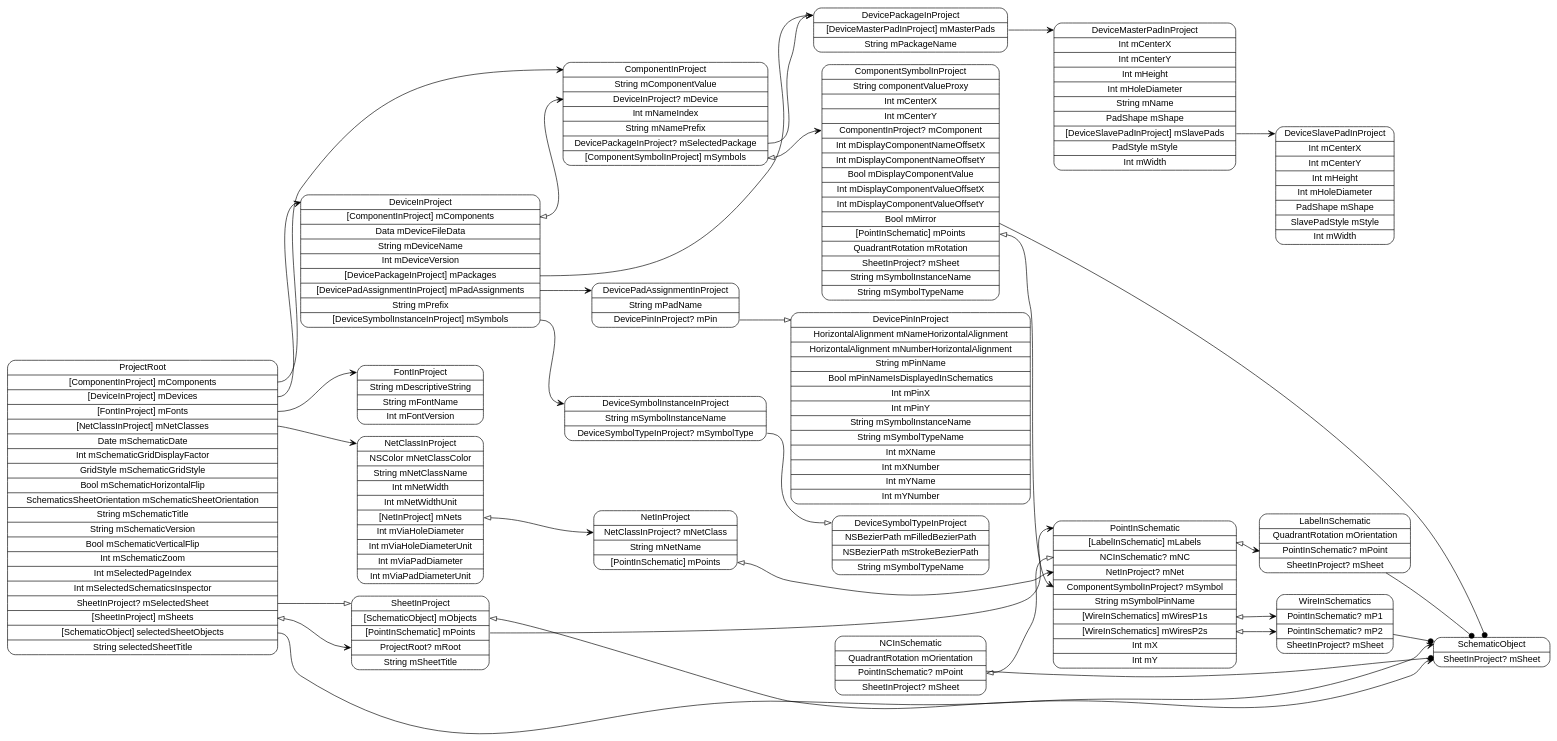
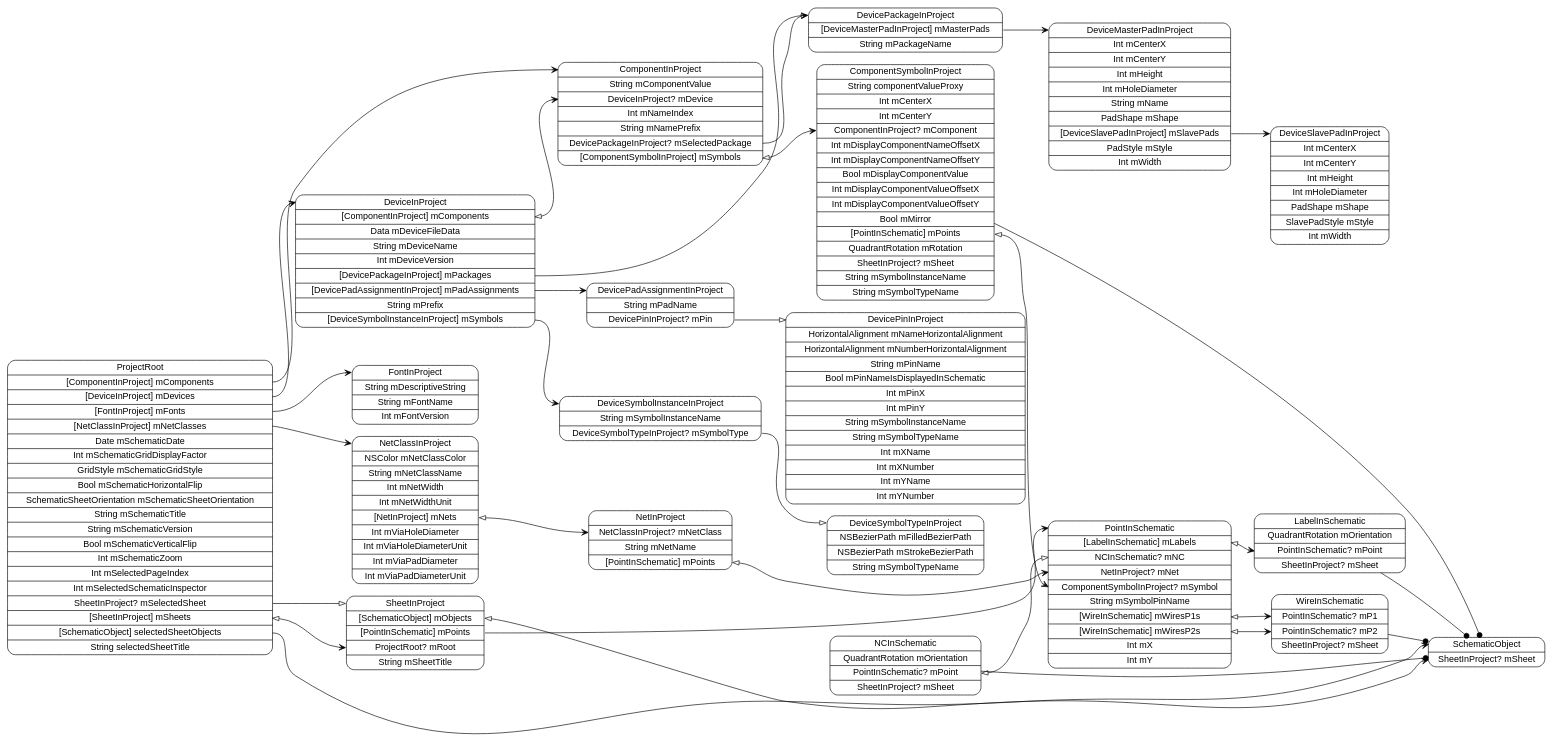
Before and after one commit to pierremolinaro/ElCanari-dev: the diagram in models/ProjectRoot.dot, drawn with Graphviz. The commit also changed 60 other files, not shown here.

```diff
--- a/models/ProjectRoot.dot
+++ b/models/ProjectRoot.dot
@@ -1,54 +1,54 @@
 digraph G {
   rankdir=LR ;
   node [shape=record fontname=helvetica style=rounded] ;
-  ProjectRoot[label="<ProjectRoot>ProjectRoot|<mComponents>[ComponentInProject] mComponents|<mDevices>[DeviceInProject] mDevices|<mFonts>[FontInProject] mFonts|<mNetClasses>[NetClassInProject] mNetClasses|Date mSchematicDate|Int mSchematicGridDisplayFactor|GridStyle mSchematicGridStyle|Bool mSchematicHorizontalFlip|SchematicsSheetOrientation mSchematicSheetOrientation|String mSchematicTitle|String mSchematicVersion|Bool mSchematicVerticalFlip|Int mSchematicZoom|Int mSelectedPageIndex|Int mSelectedSchematicsInspector|<mSelectedSheet>SheetInProject? mSelectedSheet|<mSheets>[SheetInProject] mSheets|<selectedSheetObjects>[SchematicObject] selectedSheetObjects|String selectedSheetTitle"] ;
+  ProjectRoot[label="<ProjectRoot>ProjectRoot|<mComponents>[ComponentInProject] mComponents|<mDevices>[DeviceInProject] mDevices|<mFonts>[FontInProject] mFonts|<mNetClasses>[NetClassInProject] mNetClasses|Date mSchematicDate|Int mSchematicGridDisplayFactor|GridStyle mSchematicGridStyle|Bool mSchematicHorizontalFlip|SchematicSheetOrientation mSchematicSheetOrientation|String mSchematicTitle|String mSchematicVersion|Bool mSchematicVerticalFlip|Int mSchematicZoom|Int mSelectedPageIndex|Int mSelectedSchematicInspector|<mSelectedSheet>SheetInProject? mSelectedSheet|<mSheets>[SheetInProject] mSheets|<selectedSheetObjects>[SchematicObject] selectedSheetObjects|String selectedSheetTitle"] ;
   SchematicObject[label="<SchematicObject>SchematicObject|<mSheet>SheetInProject? mSheet"] ;
   SheetInProject[label="<SheetInProject>SheetInProject|<mObjects>[SchematicObject] mObjects|<mPoints>[PointInSchematic] mPoints|<mRoot>ProjectRoot? mRoot|String mSheetTitle"] ;
-  PointInSchematic[label="<PointInSchematic>PointInSchematic|<mLabels>[LabelInSchematic] mLabels|<mNC>NCInSchematic? mNC|<mNet>NetInProject? mNet|<mSymbol>ComponentSymbolInProject? mSymbol|String mSymbolPinName|<mWiresP1s>[WireInSchematics] mWiresP1s|<mWiresP2s>[WireInSchematics] mWiresP2s|Int mX|Int mY"] ;
-  WireInSchematics[label="<WireInSchematics>WireInSchematics|<mP1>PointInSchematic? mP1|<mP2>PointInSchematic? mP2|<mSheet>SheetInProject? mSheet"] ;
+  PointInSchematic[label="<PointInSchematic>PointInSchematic|<mLabels>[LabelInSchematic] mLabels|<mNC>NCInSchematic? mNC|<mNet>NetInProject? mNet|<mSymbol>ComponentSymbolInProject? mSymbol|String mSymbolPinName|<mWiresP1s>[WireInSchematic] mWiresP1s|<mWiresP2s>[WireInSchematic] mWiresP2s|Int mX|Int mY"] ;
+  WireInSchematic[label="<WireInSchematic>WireInSchematic|<mP1>PointInSchematic? mP1|<mP2>PointInSchematic? mP2|<mSheet>SheetInProject? mSheet"] ;
   NCInSchematic[label="<NCInSchematic>NCInSchematic|QuadrantRotation mOrientation|<mPoint>PointInSchematic? mPoint|<mSheet>SheetInProject? mSheet"] ;
   LabelInSchematic[label="<LabelInSchematic>LabelInSchematic|QuadrantRotation mOrientation|<mPoint>PointInSchematic? mPoint|<mSheet>SheetInProject? mSheet"] ;
   NetClassInProject[label="<NetClassInProject>NetClassInProject|NSColor mNetClassColor|String mNetClassName|Int mNetWidth|Int mNetWidthUnit|<mNets>[NetInProject] mNets|Int mViaHoleDiameter|Int mViaHoleDiameterUnit|Int mViaPadDiameter|Int mViaPadDiameterUnit"] ;
   NetInProject[label="<NetInProject>NetInProject|<mNetClass>NetClassInProject? mNetClass|String mNetName|<mPoints>[PointInSchematic] mPoints"] ;
   FontInProject[label="<FontInProject>FontInProject|String mDescriptiveString|String mFontName|Int mFontVersion"] ;
   DeviceInProject[label="<DeviceInProject>DeviceInProject|<mComponents>[ComponentInProject] mComponents|Data mDeviceFileData|String mDeviceName|Int mDeviceVersion|<mPackages>[DevicePackageInProject] mPackages|<mPadAssignments>[DevicePadAssignmentInProject] mPadAssignments|String mPrefix|<mSymbols>[DeviceSymbolInstanceInProject] mSymbols"] ;
   DeviceSymbolInstanceInProject[label="<DeviceSymbolInstanceInProject>DeviceSymbolInstanceInProject|String mSymbolInstanceName|<mSymbolType>DeviceSymbolTypeInProject? mSymbolType"] ;
   DeviceSymbolTypeInProject[label="<DeviceSymbolTypeInProject>DeviceSymbolTypeInProject|NSBezierPath mFilledBezierPath|NSBezierPath mStrokeBezierPath|String mSymbolTypeName"] ;
   DevicePadAssignmentInProject[label="<DevicePadAssignmentInProject>DevicePadAssignmentInProject|String mPadName|<mPin>DevicePinInProject? mPin"] ;
-  DevicePinInProject[label="<DevicePinInProject>DevicePinInProject|HorizontalAlignment mNameHorizontalAlignment|HorizontalAlignment mNumberHorizontalAlignment|String mPinName|Bool mPinNameIsDisplayedInSchematics|Int mPinX|Int mPinY|String mSymbolInstanceName|String mSymbolTypeName|Int mXName|Int mXNumber|Int mYName|Int mYNumber"] ;
+  DevicePinInProject[label="<DevicePinInProject>DevicePinInProject|HorizontalAlignment mNameHorizontalAlignment|HorizontalAlignment mNumberHorizontalAlignment|String mPinName|Bool mPinNameIsDisplayedInSchematic|Int mPinX|Int mPinY|String mSymbolInstanceName|String mSymbolTypeName|Int mXName|Int mXNumber|Int mYName|Int mYNumber"] ;
   DevicePackageInProject[label="<DevicePackageInProject>DevicePackageInProject|<mMasterPads>[DeviceMasterPadInProject] mMasterPads|String mPackageName"] ;
   DeviceMasterPadInProject[label="<DeviceMasterPadInProject>DeviceMasterPadInProject|Int mCenterX|Int mCenterY|Int mHeight|Int mHoleDiameter|String mName|PadShape mShape|<mSlavePads>[DeviceSlavePadInProject] mSlavePads|PadStyle mStyle|Int mWidth"] ;
   DeviceSlavePadInProject[label="<DeviceSlavePadInProject>DeviceSlavePadInProject|Int mCenterX|Int mCenterY|Int mHeight|Int mHoleDiameter|PadShape mShape|SlavePadStyle mStyle|Int mWidth"] ;
   ComponentInProject[label="<ComponentInProject>ComponentInProject|String mComponentValue|<mDevice>DeviceInProject? mDevice|Int mNameIndex|String mNamePrefix|<mSelectedPackage>DevicePackageInProject? mSelectedPackage|<mSymbols>[ComponentSymbolInProject] mSymbols"] ;
   ComponentSymbolInProject[label="<ComponentSymbolInProject>ComponentSymbolInProject|String componentValueProxy|Int mCenterX|Int mCenterY|<mComponent>ComponentInProject? mComponent|Int mDisplayComponentNameOffsetX|Int mDisplayComponentNameOffsetY|Bool mDisplayComponentValue|Int mDisplayComponentValueOffsetX|Int mDisplayComponentValueOffsetY|Bool mMirror|<mPoints>[PointInSchematic] mPoints|QuadrantRotation mRotation|<mSheet>SheetInProject? mSheet|String mSymbolInstanceName|String mSymbolTypeName"] ;
   ProjectRoot:mComponents -> ComponentInProject:ComponentInProject [dir=both arrowtail=none arrowhead=vee] ;
   ProjectRoot:mDevices -> DeviceInProject:DeviceInProject [dir=both arrowtail=none arrowhead=vee] ;
   ProjectRoot:mFonts -> FontInProject:FontInProject [dir=both arrowtail=none arrowhead=vee] ;
   ProjectRoot:mNetClasses -> NetClassInProject:NetClassInProject [dir=both arrowtail=none arrowhead=vee] ;
   ProjectRoot:mSelectedSheet -> SheetInProject:SheetInProject [dir=both arrowtail=none arrowhead=onormal] ;
   ProjectRoot:mSheets -> SheetInProject:mRoot [dir=both arrowtail=onormal arrowhead=vee] ;
   ProjectRoot:selectedSheetObjects -> SchematicObject:SchematicObject [dir=both arrowtail=none arrowhead=vee] ;
   SheetInProject:mObjects -> SchematicObject:mSheet [dir=both arrowtail=onormal arrowhead=vee] ;
   SheetInProject:mPoints -> PointInSchematic:PointInSchematic [dir=both arrowtail=none arrowhead=vee] ;
   PointInSchematic:mLabels -> LabelInSchematic:mPoint [dir=both arrowtail=onormal arrowhead=vee] ;
-  PointInSchematic:mWiresP1s -> WireInSchematics:mP1 [dir=both arrowtail=onormal arrowhead=vee] ;
-  PointInSchematic:mWiresP2s -> WireInSchematics:mP2 [dir=both arrowtail=onormal arrowhead=vee] ;
-  WireInSchematics -> SchematicObject [arrowhead=dot] ;
+  PointInSchematic:mWiresP1s -> WireInSchematic:mP1 [dir=both arrowtail=onormal arrowhead=vee] ;
+  PointInSchematic:mWiresP2s -> WireInSchematic:mP2 [dir=both arrowtail=onormal arrowhead=vee] ;
+  WireInSchematic -> SchematicObject [arrowhead=dot] ;
   NCInSchematic -> SchematicObject [arrowhead=dot] ;
   NCInSchematic:mPoint -> PointInSchematic:mNC [dir=both arrowtail=onormal arrowhead=onormal] ;
   LabelInSchematic -> SchematicObject [arrowhead=dot] ;
   NetClassInProject:mNets -> NetInProject:mNetClass [dir=both arrowtail=onormal arrowhead=vee] ;
   NetInProject:mPoints -> PointInSchematic:mNet [dir=both arrowtail=onormal arrowhead=vee] ;
   DeviceInProject:mComponents -> ComponentInProject:mDevice [dir=both arrowtail=onormal arrowhead=vee] ;
   DeviceInProject:mPackages -> DevicePackageInProject:DevicePackageInProject [dir=both arrowtail=none arrowhead=vee] ;
   DeviceInProject:mPadAssignments -> DevicePadAssignmentInProject:DevicePadAssignmentInProject [dir=both arrowtail=none arrowhead=vee] ;
   DeviceInProject:mSymbols -> DeviceSymbolInstanceInProject:DeviceSymbolInstanceInProject [dir=both arrowtail=none arrowhead=vee] ;
   DeviceSymbolInstanceInProject:mSymbolType -> DeviceSymbolTypeInProject:DeviceSymbolTypeInProject [dir=both arrowtail=none arrowhead=onormal] ;
   DevicePadAssignmentInProject:mPin -> DevicePinInProject:DevicePinInProject [dir=both arrowtail=none arrowhead=onormal] ;
   DevicePackageInProject:mMasterPads -> DeviceMasterPadInProject:DeviceMasterPadInProject [dir=both arrowtail=none arrowhead=vee] ;
   DeviceMasterPadInProject:mSlavePads -> DeviceSlavePadInProject:DeviceSlavePadInProject [dir=both arrowtail=none arrowhead=vee] ;
   ComponentInProject:mSelectedPackage -> DevicePackageInProject:DevicePackageInProject [dir=both arrowtail=none arrowhead=onormal] ;
   ComponentInProject:mSymbols -> ComponentSymbolInProject:mComponent [dir=both arrowtail=onormal arrowhead=vee] ;
   ComponentSymbolInProject -> SchematicObject [arrowhead=dot] ;
   ComponentSymbolInProject:mPoints -> PointInSchematic:mSymbol [dir=both arrowtail=onormal arrowhead=vee] ;
 }
```
